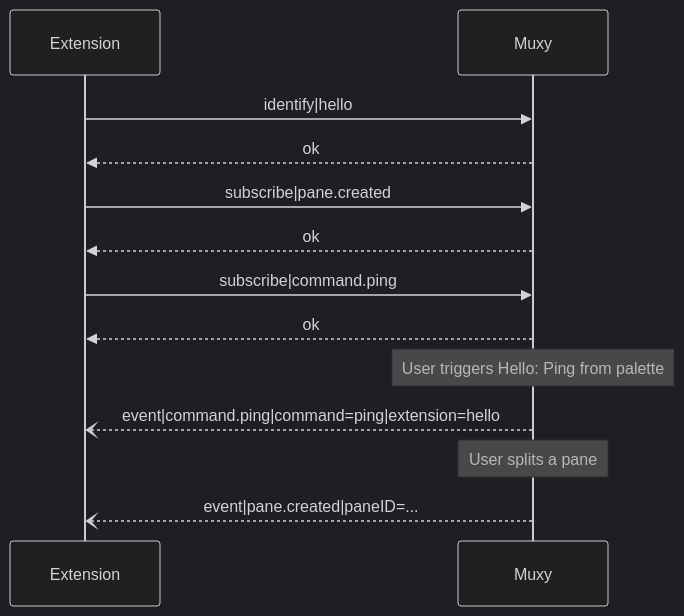
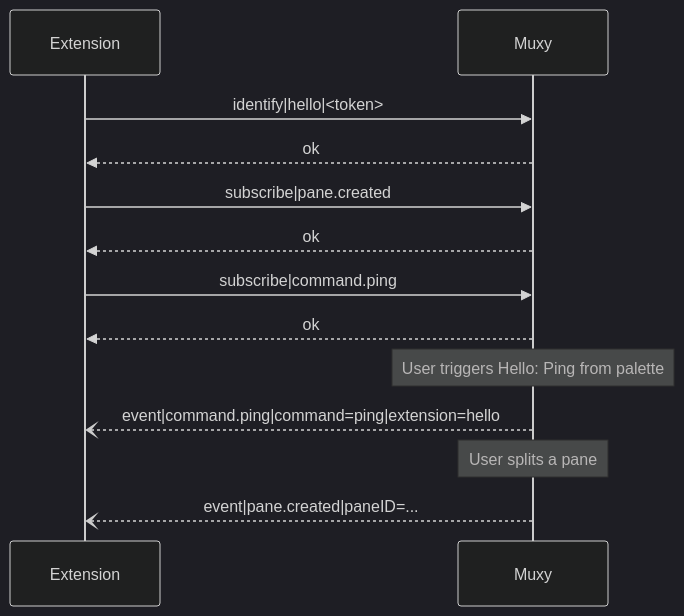
One commit to muxy-app/muxy changed the diagram in docs/extensions/events.md. Above: the diagram before and after it, drawn with Mermaid (dark theme). The commit also changed other lines of this file and 26 other files, not shown here.

````diff
--- a/docs/extensions/events.md
+++ b/docs/extensions/events.md
@@ -7,16 +7,16 @@
 ```mermaid
 sequenceDiagram
   participant E as Extension
   participant M as Muxy
 
-  E->>M: identify|hello
+  E->>M: identify|hello|<token>
   M-->>E: ok
   E->>M: subscribe|pane.created
   M-->>E: ok
   E->>M: subscribe|command.ping
   M-->>E: ok
   Note over M: User triggers Hello: Ping from palette
   M--)E: event|command.ping|command=ping|extension=hello
   Note over M: User splits a pane
   M--)E: event|pane.created|paneID=...
 ```
````
